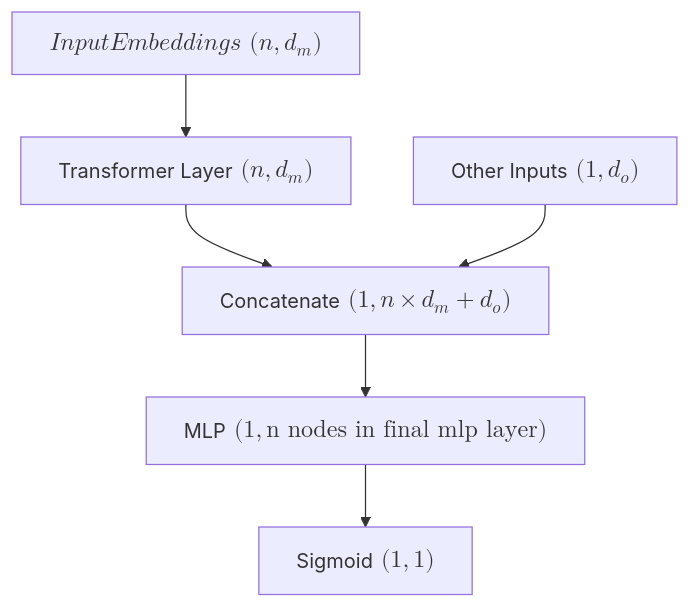
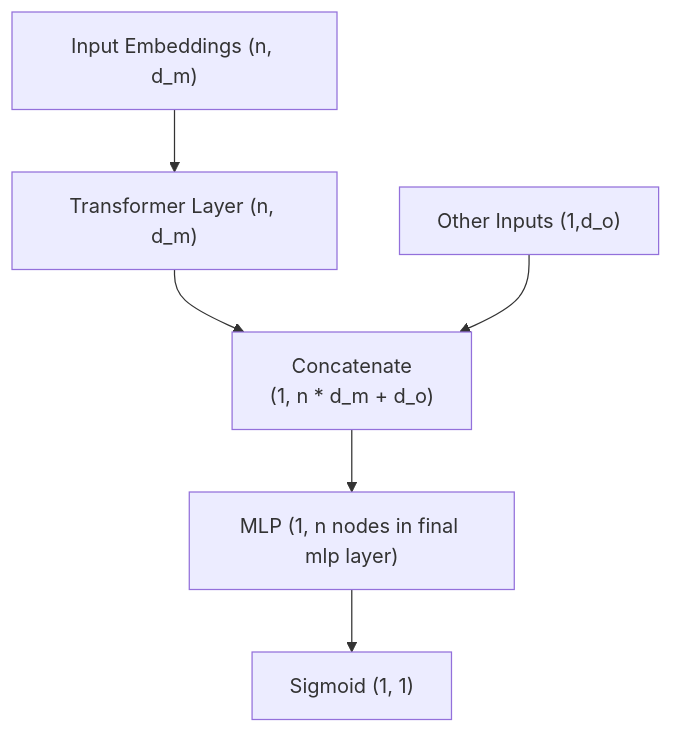
One commit to simonwardjones/statistics changed the third of 3 diagrams in machine-learning/sequential-learning/behavioural_sequence_transformers.md. Above: the diagram before and after it, drawn with Mermaid. The commit also changed other lines of this file, not shown here.

Commit message:
Remove maths in mermaid

````diff
--- a/machine-learning/sequential-learning/behavioural_sequence_transformers.md
+++ b/machine-learning/sequential-learning/behavioural_sequence_transformers.md
@@ -361,15 +361,15 @@
-:::mermaid
+```mermaid
 graph TD
-    inputEmbeddings["$$Input Embeddings ~(n, d_m)$$"]
-    OtherInputs["Other Inputs $$~(1,d_o)$$"]
-    TransformerLayer["Transformer Layer $$~(n, d_m)$$"]
-    Concatenate["Concatenate $$~(1, n \times d_m + d_o)$$"]
-    MLP["MLP $$~(1, \text{n nodes in final mlp layer})$$"]
-    Sigmoid["Sigmoid $$~(1, 1)$$"]
+    inputEmbeddings["Input Embeddings (n, d_m)"]
+    OtherInputs["Other Inputs (1,d_o)"]
+    TransformerLayer["Transformer Layer (n, d_m)"]
+    Concatenate["Concatenate<br>(1, n * d_m + d_o)"]
+    MLP["MLP (1, n nodes in final mlp layer)"]
+    Sigmoid["Sigmoid (1, 1)"]
 
     inputEmbeddings --> TransformerLayer
     TransformerLayer --> Concatenate
     OtherInputs --> Concatenate
     Concatenate --> MLP
     MLP --> Sigmoid
-:::
+```
````
